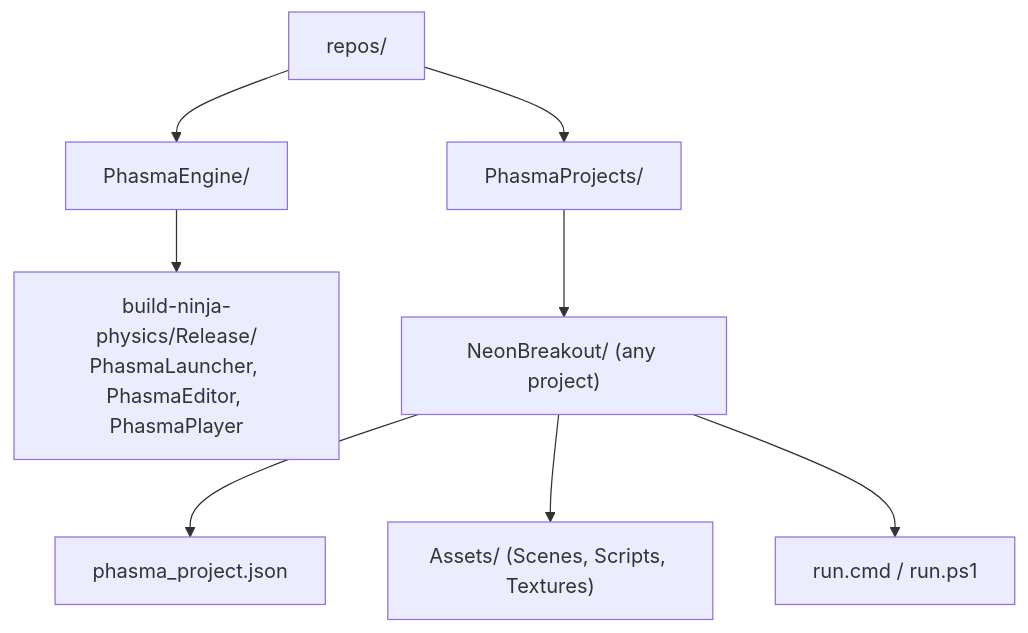
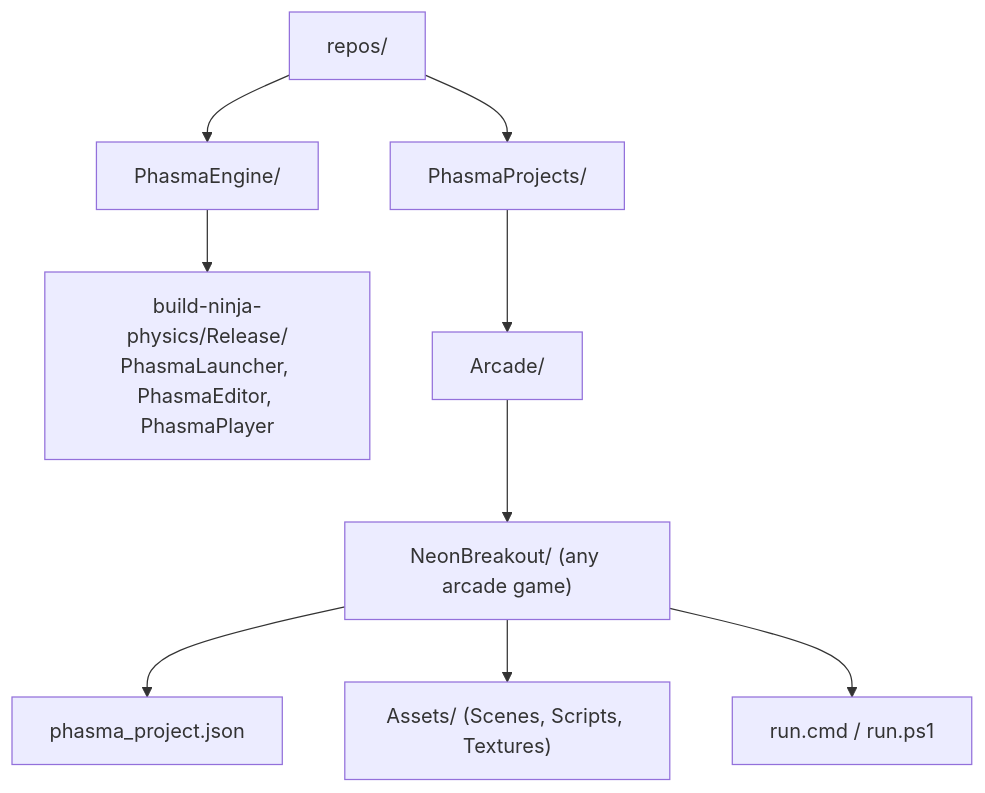
Before and after one commit to christoskaramou/PhasmaProjects: the diagram in README.md, drawn with Mermaid. The commit also changed other lines of this file and 1329 other files, not shown here.

````diff
--- a/README.md
+++ b/README.md
@@ -91,10 +99,11 @@
 ```mermaid
 graph TD
     repos["repos/"] --> engine["PhasmaEngine/"]
     repos --> projects["PhasmaProjects/"]
     engine --> build["build-ninja-physics/Release/<br/>PhasmaLauncher, PhasmaEditor, PhasmaPlayer"]
-    projects --> game["NeonBreakout/ (any project)"]
+    projects --> arcade["Arcade/"]
+    arcade --> game["NeonBreakout/ (any arcade game)"]
     game --> manifest["phasma_project.json"]
     game --> assets["Assets/ (Scenes, Scripts, Textures)"]
     game --> run["run.cmd / run.ps1"]
 ```
````
